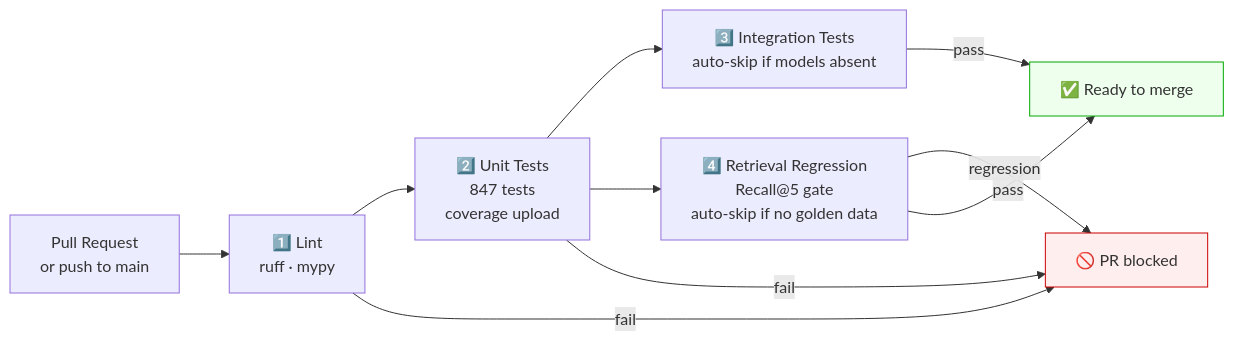
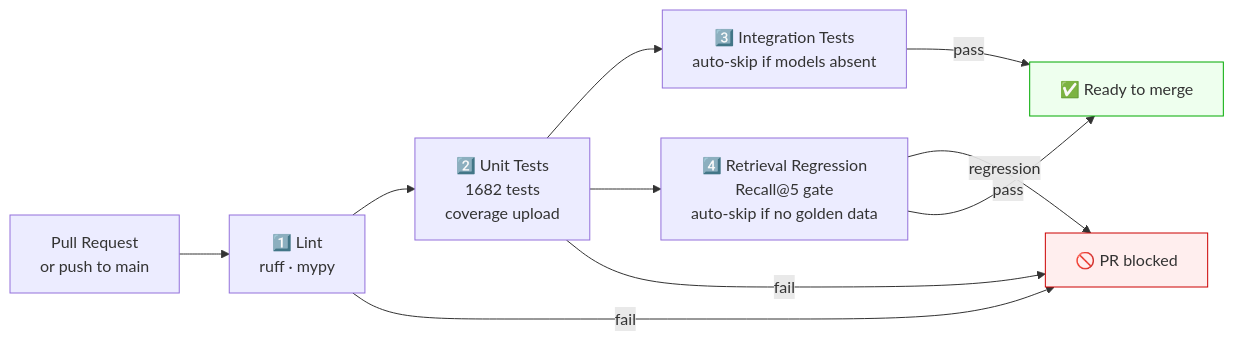
One commit to ealbertoav/rag_platform changed diagram 15 of 15 in README.md. Above: the diagram before and after it, drawn with Mermaid. The commit also changed other lines of this file and 1 other file, not shown here.

````diff
--- a/README.md
+++ b/README.md
@@ -2285,15 +2430,15 @@
 ```mermaid
 flowchart LR
     PR["Pull Request<br/>or push to main"] --> L["1️⃣ Lint<br/>ruff · mypy"]
-    L --> U["2️⃣ Unit Tests<br/>847 tests<br/>coverage upload"]
+    L --> U["2️⃣ Unit Tests<br/>1682 tests<br/>coverage upload"]
     U --> I["3️⃣ Integration Tests<br/>auto-skip if models absent"]
     U --> R["4️⃣ Retrieval Regression<br/>Recall@5 gate<br/>auto-skip if no golden data"]
 
     L -->|fail| BLOCK["🚫 PR blocked"]
     U -->|fail| BLOCK
     R -->|regression| BLOCK
     I & R -->|pass| MERGE["✅ Ready to merge"]
 
     style BLOCK fill:#ffeeee,stroke:#cc0000
     style MERGE fill:#eeffee,stroke:#00aa00
 ```
````
